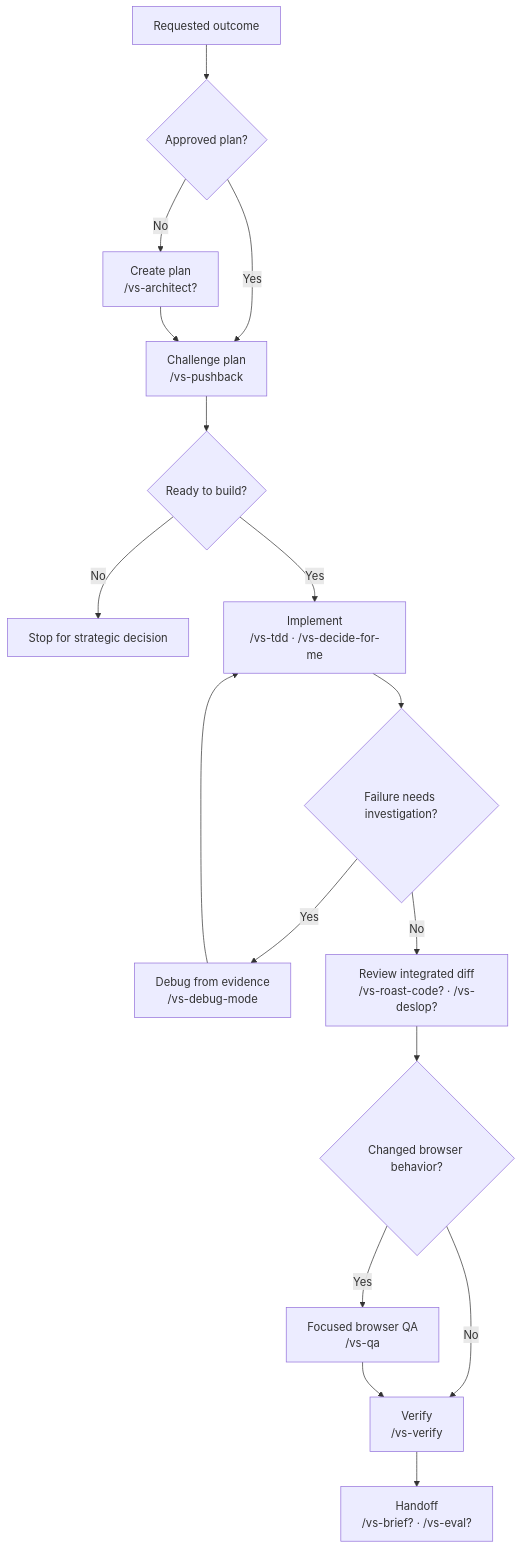
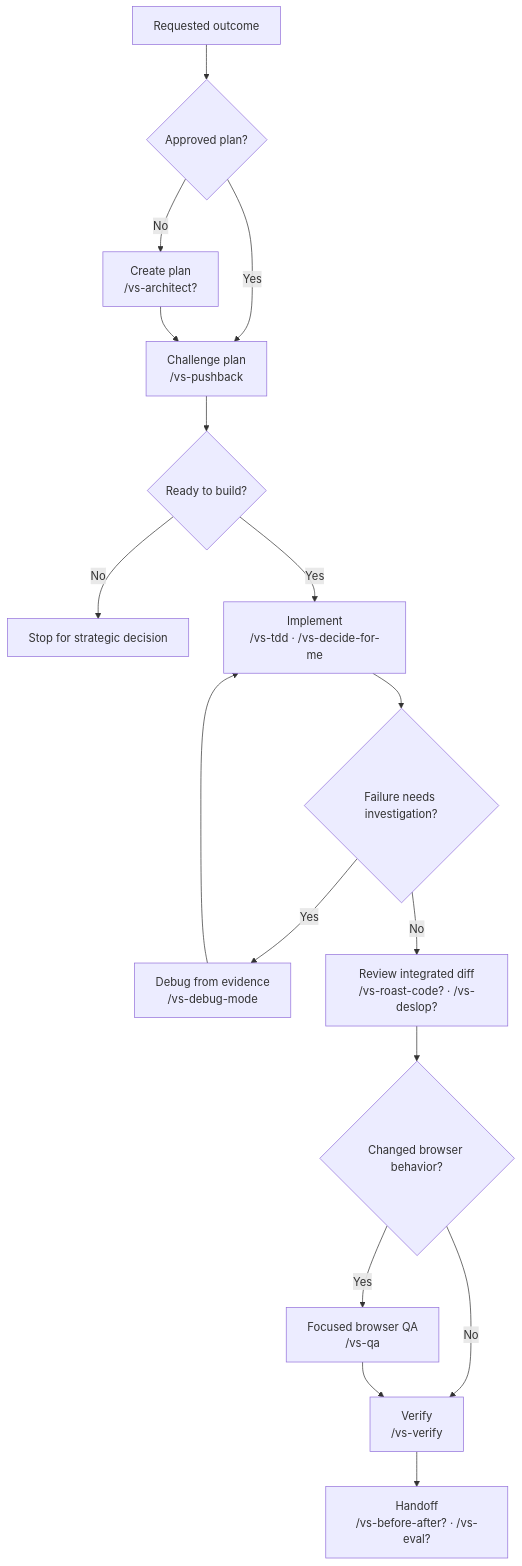
One commit to vltansky/vs changed the third of 4 diagrams in README.md. Above: the diagram before and after it, drawn with Mermaid. The commit also changed other lines of this file and 25 other files, not shown here.

Commit message:
feat: replace brief with functional before-after

````diff
--- a/README.md
+++ b/README.md
@@ -79,18 +79,18 @@
 ```mermaid
 flowchart TD
     I[Requested outcome] --> P{Approved plan?}
     P -- No --> A["Create plan<br/>/vs-architect?"]
     P -- Yes --> C["Challenge plan<br/>/vs-pushback"]
     A --> C
     C --> R{Ready to build?}
     R -- No --> S[Stop for strategic decision]
     R -- Yes --> E["Implement<br/>/vs-tdd · /vs-decide-for-me"]
     E --> D{Failure needs investigation?}
     D -- Yes --> G["Debug from evidence<br/>/vs-debug-mode"] --> E
     D -- No --> V["Review integrated diff<br/>/vs-roast-code? · /vs-deslop?"]
     V --> Q{Changed browser behavior?}
     Q -- Yes --> B["Focused browser QA<br/>/vs-qa"]
     Q -- No --> O["Verify<br/>/vs-verify"]
     B --> O
-    O --> H["Handoff<br/>/vs-brief? · /vs-eval?"]
+    O --> H["Handoff<br/>/vs-before-after? · /vs-eval?"]
 ```
````
